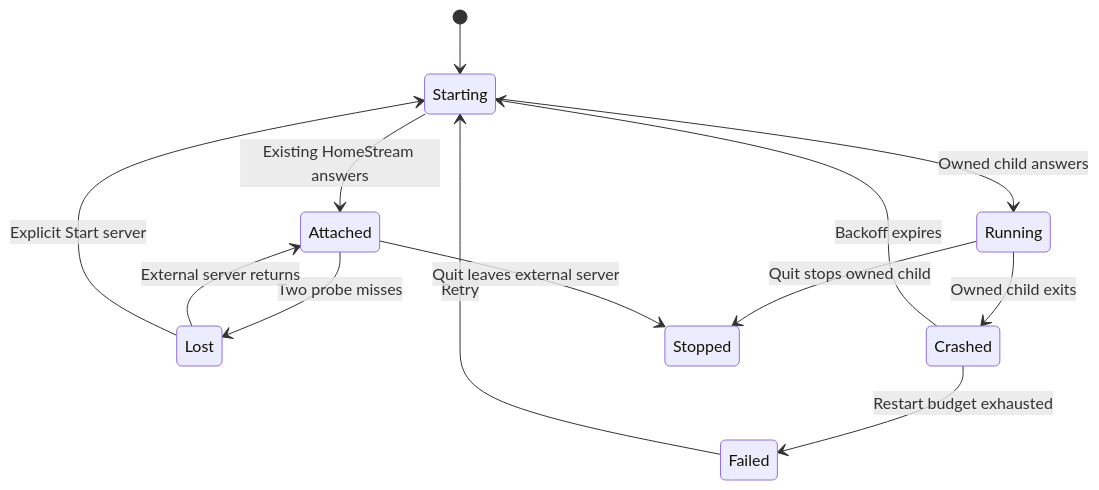
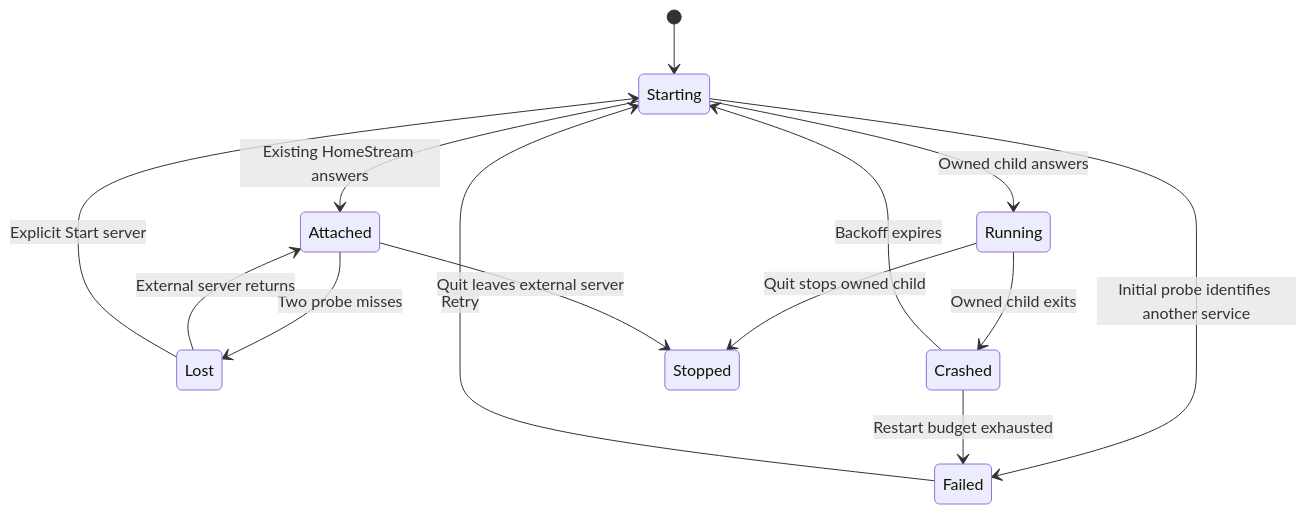
The diagram in droid-wiki/apps/desktop/supervisor.md (VeroxAUS/homestream), drawn with Mermaid before and after one commit. The commit also changed other lines of this file and 24 other files, not shown here.

````diff
--- a/droid-wiki/apps/desktop/supervisor.md
+++ b/droid-wiki/apps/desktop/supervisor.md
@@ -22,15 +22,16 @@
 ```mermaid
 stateDiagram-v2
     [*] --> Starting
     Starting --> Attached: Existing HomeStream answers
     Starting --> Running: Owned child answers
+    Starting --> Failed: Initial probe identifies another service
     Attached --> Lost: Two probe misses
     Lost --> Attached: External server returns
     Lost --> Starting: Explicit Start server
     Running --> Crashed: Owned child exits
     Crashed --> Starting: Backoff expires
     Crashed --> Failed: Restart budget exhausted
     Failed --> Starting: Retry
     Running --> Stopped: Quit stops owned child
     Attached --> Stopped: Quit leaves external server
 ```
````
